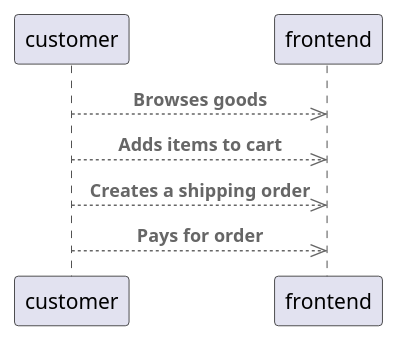
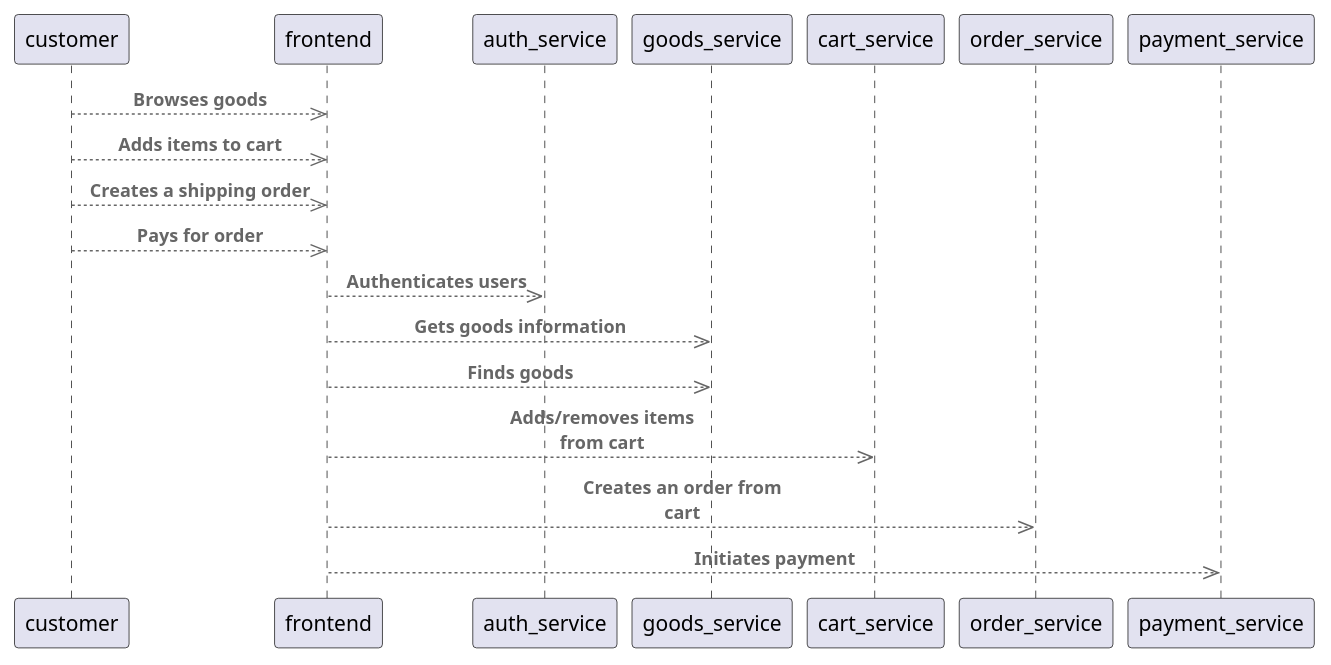
The diagram in resources/diagrams/frontend_relations.puml (acme-corp-tech/frontend), drawn with PlantUML before and after one commit.

Commit message:
Update diagrams

```diff
--- a/resources/diagrams/frontend_relations.puml
+++ b/resources/diagrams/frontend_relations.puml
@@ -1,9 +1,16 @@
 @startuml "frontend_relations"
 !include https://raw.githubusercontent.com/plantuml-stdlib/C4-PlantUML/master/C4_Container.puml
 
 Rel(customer, frontend, "Browses goods")
 Rel(customer, frontend, "Adds items to cart")
 Rel(customer, frontend, "Creates a shipping order")
 Rel(customer, frontend, "Pays for order")
 
+Rel(frontend, auth_service, "Authenticates users")
+Rel(frontend, goods_service, "Gets goods information")
+Rel(frontend, goods_service, "Finds goods")
+Rel(frontend, cart_service, "Adds/removes items from cart")
+Rel(frontend, order_service, "Creates an order from cart")
+Rel(frontend, payment_service, "Initiates payment")
+
 @enduml
```
